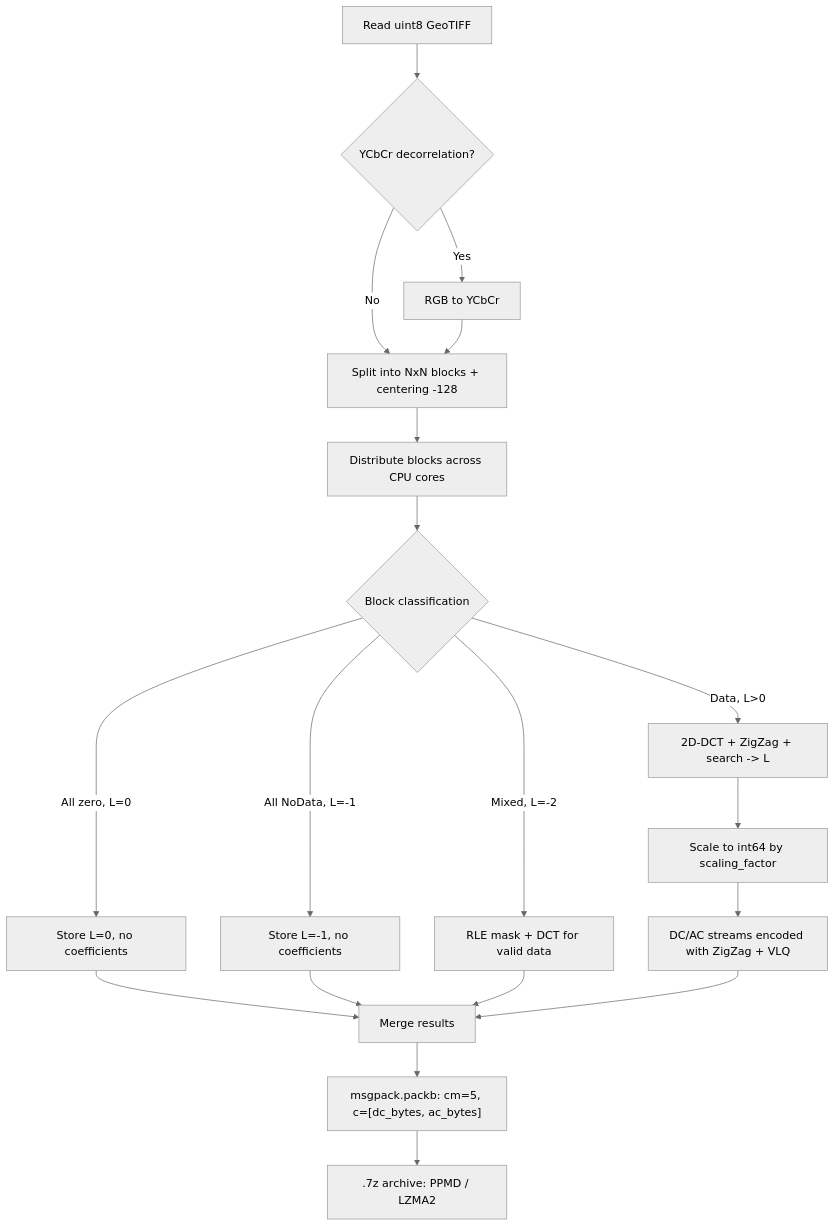
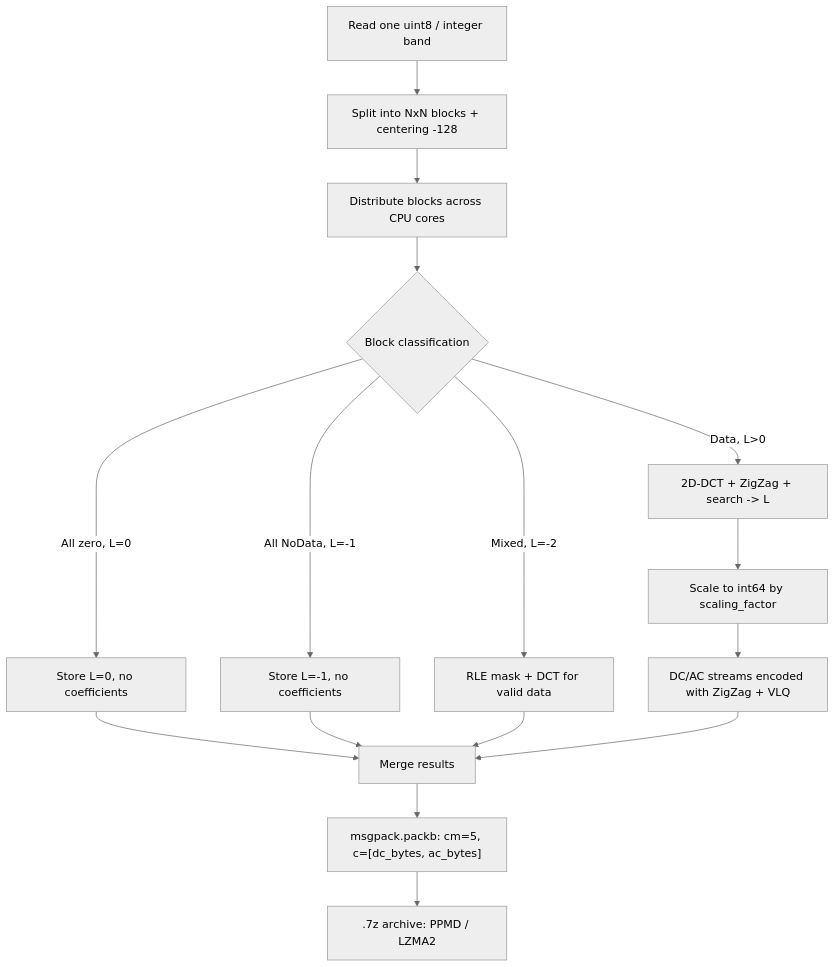
The third of 10 diagrams in README_EN.md (ZSIP/FIDWaC), drawn with Mermaid (neutral theme) before and after one commit. The commit also changed other lines of this file and 8 other files, not shown here.

````diff
--- a/README_EN.md
+++ b/README_EN.md
@@ -609,21 +616,18 @@
 ```mermaid
 graph TB
-    A["Read uint8 GeoTIFF"] --> B{"YCbCr decorrelation?"}
-    B -->|Yes| B2["RGB to YCbCr"]
-    B -->|No| C
-    B2 --> C["Split into NxN blocks + centering -128"]
+    A["Read one uint8 / integer band"] --> C["Split into NxN blocks + centering -128"]
     C --> D["Distribute blocks across CPU cores"]
     D --> E{"Block classification"}
     E -->|All zero, L=0| F1["Store L=0, no coefficients"]
     E -->|All NoData, L=-1| F2["Store L=-1, no coefficients"]
     E -->|Mixed, L=-2| F3["RLE mask + DCT for valid data"]
     E -->|Data, L>0| F4["2D-DCT + ZigZag + search -> L"]
     F4 --> G["Scale to int64 by scaling_factor"]
     G --> K["DC/AC streams encoded with ZigZag + VLQ"]
     F1 --> L["Merge results"]
     F2 --> L
     F3 --> L
     K --> L
     L --> M["msgpack.packb: cm=5, c=[dc_bytes, ac_bytes]"]
     M --> N[".7z archive: PPMD / LZMA2"]
 ```
````
